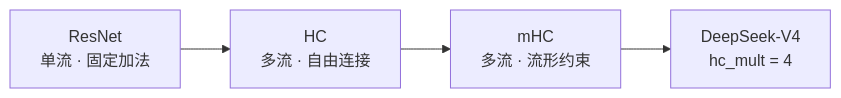
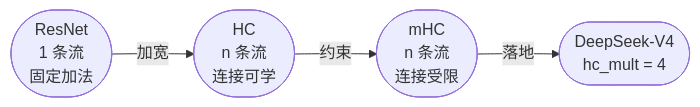
One commit to GoCHug/vllm-ascend changed the first of 6 diagrams in vllm_ascend/models/deepseek_v4/dsv4_docs/mhc.md. Above: the diagram before and after it, drawn with Mermaid. The commit also changed other lines of this file, not shown here.

````diff
--- a/vllm_ascend/models/deepseek_v4/dsv4_docs/mhc.md
+++ b/vllm_ascend/models/deepseek_v4/dsv4_docs/mhc.md
@@ -27,6 +47,6 @@
 ```mermaid
-graph LR
-    A["ResNet<br/>单流 · 固定加法"] --> B["HC<br/>多流 · 自由连接"]
-    B --> C["mHC<br/>多流 · 流形约束"]
-    C --> D["DeepSeek-V4<br/>hc_mult = 4"]
+flowchart LR
+    A(["ResNet<br/>1 条流<br/>固定加法"]) -->|"加宽"| B(["HC<br/>n 条流<br/>连接可学"])
+    B -->|"约束"| C(["mHC<br/>n 条流<br/>连接受限"])
+    C -->|"落地"| D(["DeepSeek-V4<br/>hc_mult = 4"])
 ```
````
